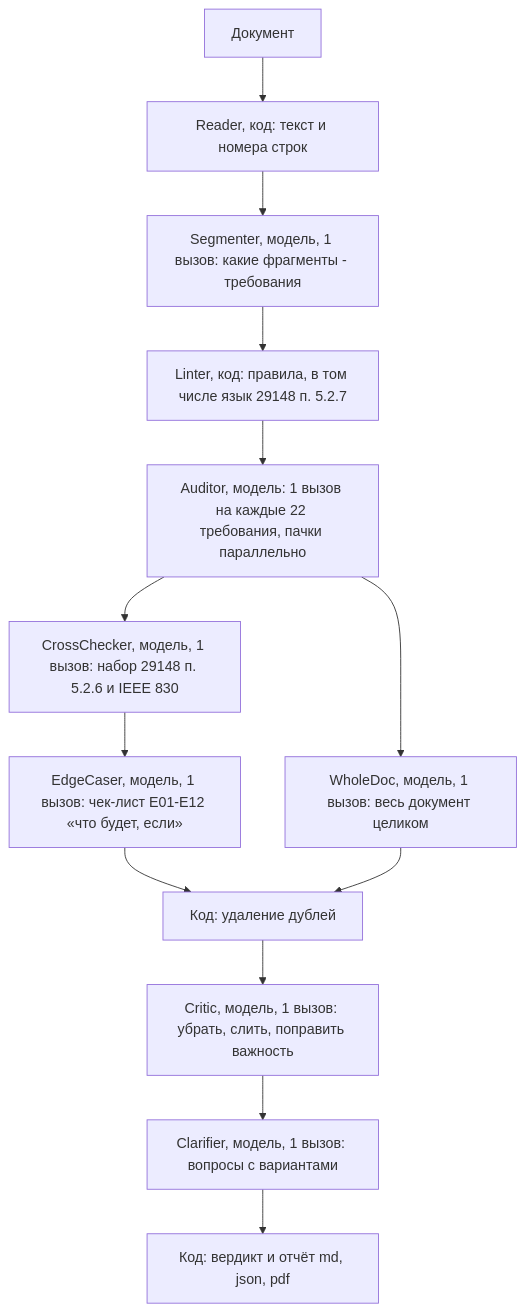
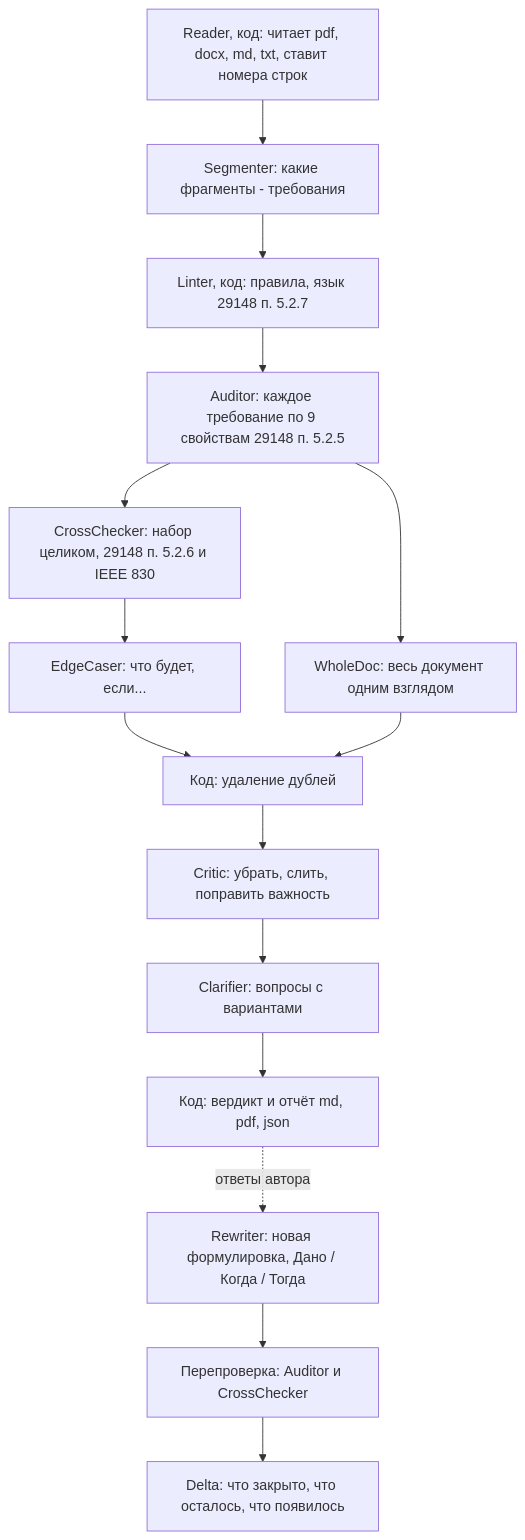
One commit to l9kk/reqcheck changed the diagram in README.md. Above: the diagram before and after it, drawn with Mermaid. The commit also changed other lines of this file, not shown here.

````diff
--- a/README.md
+++ b/README.md
@@ -228,15 +100,17 @@
 ```mermaid
 flowchart TD
-    D["Документ"] --> R["Reader, код: текст и номера строк"]
-    R --> S["Segmenter, модель, 1 вызов: какие фрагменты - требования"]
-    S --> L["Linter, код: правила, в том числе язык 29148 п. 5.2.7"]
-    L --> A["Auditor, модель: 1 вызов на каждые 22 требования, пачки параллельно"]
-    A --> X["CrossChecker, модель, 1 вызов: набор 29148 п. 5.2.6 и IEEE 830"]
-    X --> E["EdgeCaser, модель, 1 вызов: чек-лист E01-E12 «что будет, если»"]
-    A --> W["WholeDoc, модель, 1 вызов: весь документ целиком"]
-    E --> U["Код: удаление дублей"]
-    W --> U
-    U --> C["Critic, модель, 1 вызов: убрать, слить, поправить важность"]
-    C --> Q["Clarifier, модель, 1 вызов: вопросы с вариантами"]
-    Q --> P["Код: вердикт и отчёт md, json, pdf"]
+    R["Reader, код: читает pdf, docx, md, txt, ставит номера строк"]
+    R --> S["Segmenter: какие фрагменты - требования"]
+    S --> L["Linter, код: правила, язык 29148 п. 5.2.7"]
+    L --> A["Auditor: каждое требование по 9 свойствам 29148 п. 5.2.5"]
+    A --> X["CrossChecker: набор целиком, 29148 п. 5.2.6 и IEEE 830"]
+    X --> E["EdgeCaser: что будет, если..."]
+    A --> W["WholeDoc: весь документ одним взглядом"]
+    E & W --> U["Код: удаление дублей"]
+    U --> C["Critic: убрать, слить, поправить важность"]
+    C --> Q["Clarifier: вопросы с вариантами"]
+    Q --> P["Код: вердикт и отчёт md, pdf, json"]
+    P -.->|ответы автора| RW["Rewriter: новая формулировка, Дано / Когда / Тогда"]
+    RW --> RC["Перепроверка: Auditor и CrossChecker"]
+    RC --> DL["Delta: что закрыто, что осталось, что появилось"]
 ```
````
